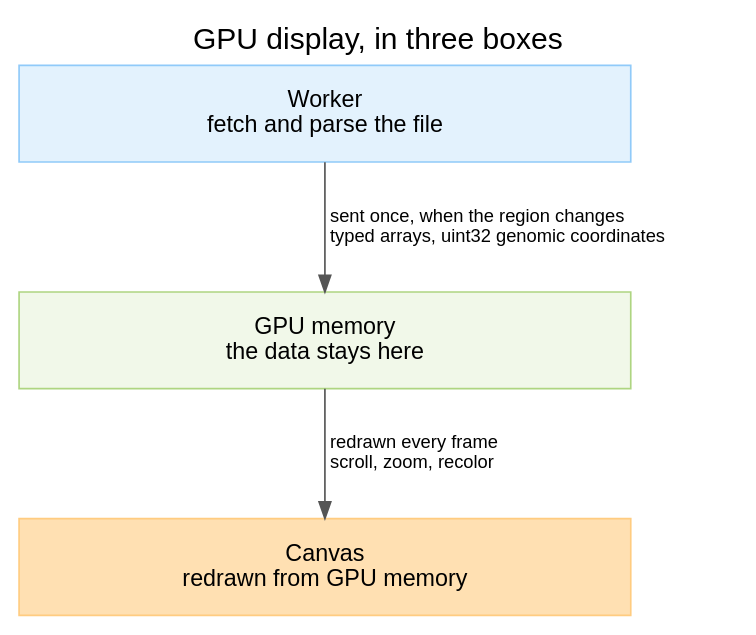
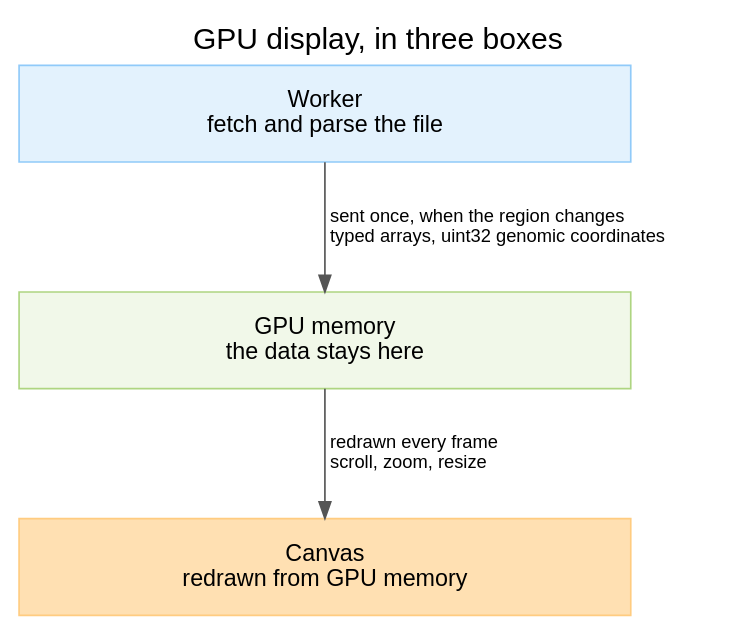
The diagram in website/diagrams/gpu_display_tldr.dot (GMOD/jbrowse-components), drawn with Graphviz before and after one commit. The commit also changed 8 other files, not shown here.

First line of the commit message:
docs(diagrams): where a change re-enters, and the four autoruns as one graph

```diff
--- a/website/diagrams/gpu_display_tldr.dot
+++ b/website/diagrams/gpu_display_tldr.dot
@@ -1,78 +1,87 @@
 digraph gpu_display_tldr {
   rankdir=TB
   labelloc=t
   fontname="Helvetica"
   fontsize=18
   label="GPU display, in three boxes"
   nodesep=0.5
   ranksep=0.75
 
   node [
     shape=box
     fontname="Helvetica"
     fontsize=14
     style=filled
     fillcolor="#ffffff"
     margin="0.28,0.20"
     // A floor, not a fixed size, so the three read as one stack rather than as
     // three boxes sized by how long their text happens to be. Wide enough that
     // the boxes reach about as far right as the edge labels do: graphviz centers
     // each box on the edge and hangs the label to its right, so a box narrower
     // than its label leaves the stack sitting in the left two thirds of the
     // frame with text floating off it. 3.6 did that once the labels were
     // rewritten longer.
     width=5.1
   ]
   edge [fontname="Helvetica", fontsize=11, color="#555555"]
 
   // The TLDR companion to gpu_display_lifecycle.dot, which is the same
   // architecture with every mechanism in it: two autoruns, rpcDataMap,
   // renderTick, canvasDrawn, the HAL. That figure answers "what fires what",
   // and a reader who does not yet know there are two autoruns cannot use it to
   // find out whether this page is even about their problem.
   //
   // So: three boxes and two arrows, and the ARROWS carry the idea. What makes
   // a GPU display different from a Canvas2D one is not any box here -- it is
   // that the two edges run at different rates. Data crosses to the GPU when the
   // region changes; frames after that are redraws of what is already there.
   // Every name in the detailed figure is a mechanism for keeping that true.
   //
   // WORDED FOR A READER WHO HAS NEVER WRITTEN GPU CODE, which is the whole
   // point of a TLDR and is what the first pass got wrong (review: "i know what
   // it means kinda, but we want it to be easy for someone that doesnt know
   // gpu"). Four changes, each to a phrase that only reads if you already know
   // the answer:
   //   - "once per region" said a RATE where the reader needs an EVENT. It is
   //     now "sent once, when the region changes", which also answers the
   //     question the phrase provoked -- once per region as opposed to what?
   //   - "absolute bp" is not a term anyone outside this codebase shares, and it
   //     looks like it is distinguishing itself from something unnamed. It is
   //     "uint32 genomic coordinates" now, which is both what the buffers hold
   //     and unambiguous on its own.
   //   - "uploaded once, kept" described the transfer from the GPU's side and
   //     left "kept" doing the load-bearing work. The box says what is true of
   //     it instead: "the data stays here".
   //   - "drawn from those buffers" leaned on the previous box's wording. The
   //     boxes now share one noun, GPU memory, so the pair reads without having
   //     to hold "buffers" and "those buffers" together.
   //
   // Same three lane colors as the detailed figure, in the same order, so the
   // two read as the same picture at two zooms rather than as two diagrams.
   //
   // Stacked, for the reason the detailed one is: as a left-to-right row this
   // measured 2312x211, an 11:1 strip whose text lands at ~10px once the docs
   // page scales it to column width. Three boxes is not few enough to make a row
   // work -- the two-line edge labels are most of the width. Top to bottom it is
   // 571x812, which needs no scaling at all.
   //
   // No sentence on the image: the takeaway (panning and zooming do not refetch)
   // is the Figure caption's job. See website/CLAUDE.md -- on-image text is a
   // label, not a paragraph.
+  //
+  // THE REDRAW EXAMPLES ARE THE THREE THAT ARE ONLY A FRAME. `recolor` was the
+  // third for a while and is not one: a color scheme is packed into the
+  // instance buffer, so changing it re-encodes and re-uploads -- the middle of
+  // the three rates the detailed figure now draws as its own door
+  // (ARCHITECTURE.md, "wiggle color change -> re-encode only"). It came out of
+  // the page's caption in the same pass, for the same reason: a recolor really
+  // does skip the fetch and the parse, but listing it beside a pan is what
+  // blurs the distinction the figures below this one exist to draw.
 
   worker [label="Worker\nfetch and parse the file", fillcolor="#e3f2fd", color="#90caf9"]
   buffers [label="GPU memory\nthe data stays here", fillcolor="#f1f8e9", color="#aed581"]
   canvas [label="Canvas\nredrawn from GPU memory", fillcolor="#ffe0b2", color="#ffcc80"]
 
   worker -> buffers [label="  sent once, when the region changes  \l  typed arrays, uint32 genomic coordinates  \l"]
-  buffers -> canvas [label="  redrawn every frame  \l  scroll, zoom, recolor  \l"]
+  buffers -> canvas [label="  redrawn every frame  \l  scroll, zoom, resize  \l"]
 }
```
